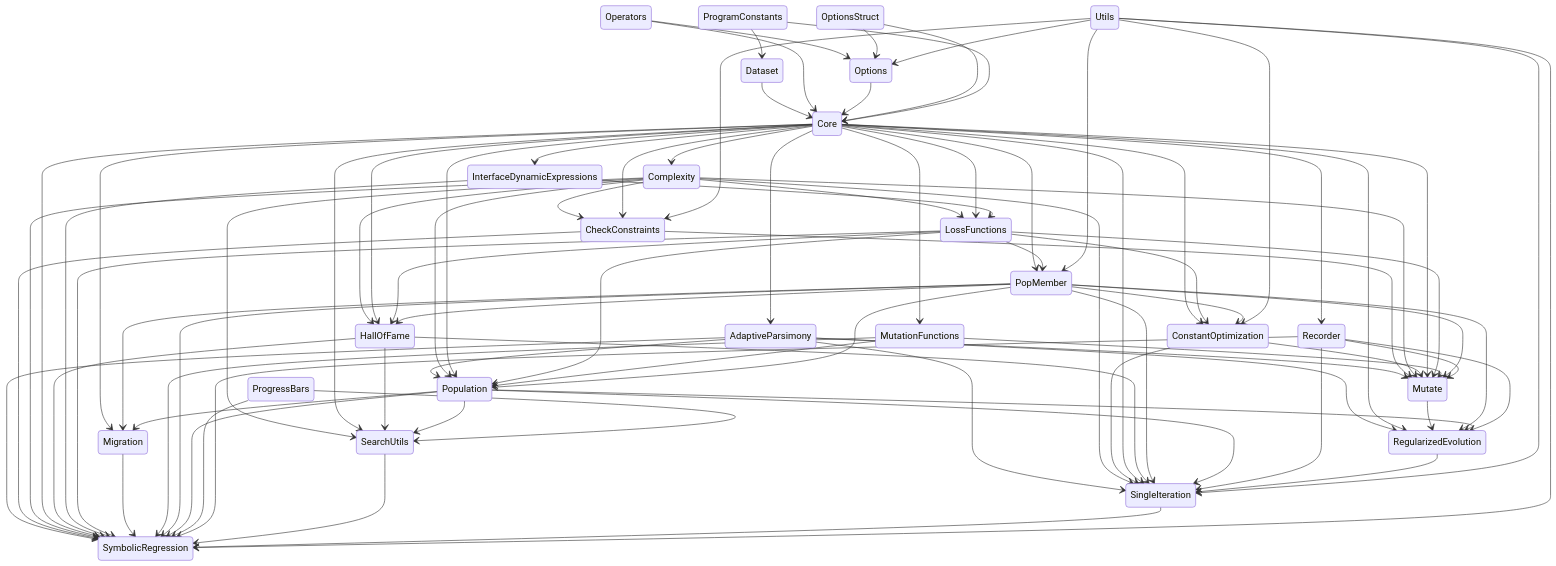
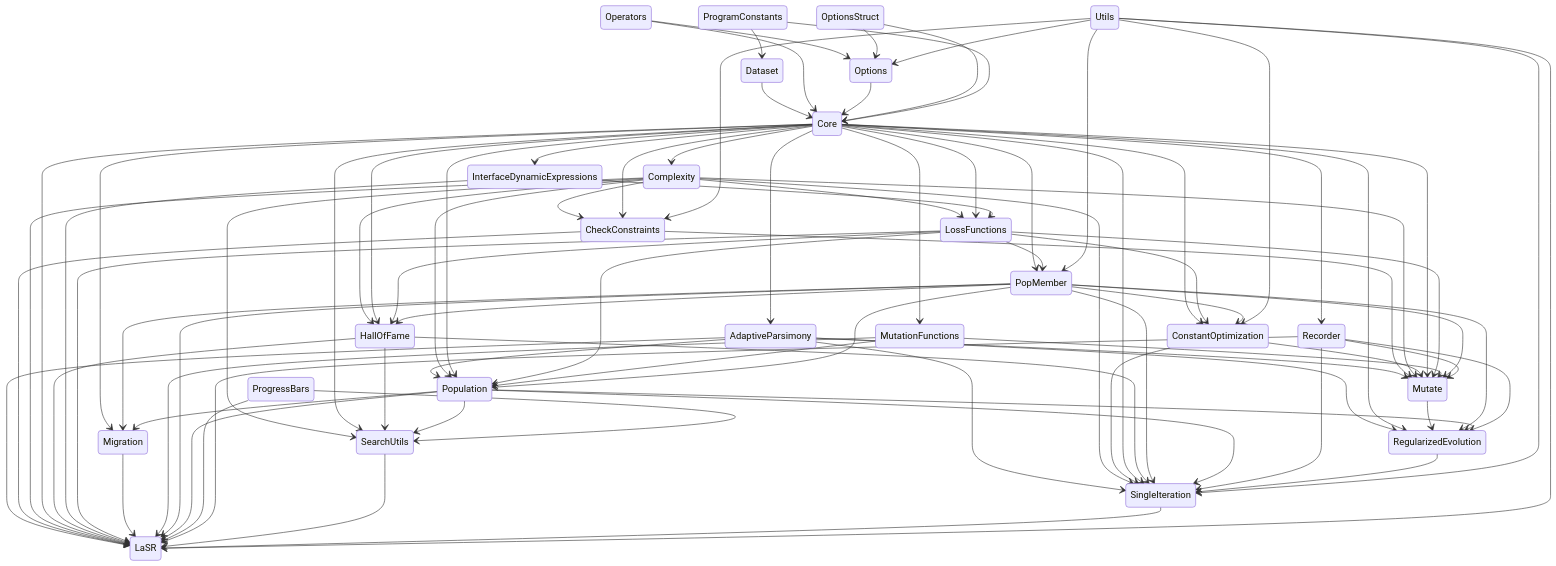
One commit to MilesCranmer/SymbolicRegression.jl changed the second of 2 diagrams in README.md. Above: the diagram before and after it, drawn with Mermaid. The commit also changed other lines of this file and 111 other files, not shown here.

````diff
--- a/README.md
+++ b/README.md
@@ -348,9 +174,9 @@
     AdaptiveParsimony --> Population
     AdaptiveParsimony --> RegularizedEvolution
     AdaptiveParsimony --> SingleIteration
-    AdaptiveParsimony --> SymbolicRegression
+    AdaptiveParsimony --> LaSR
     CheckConstraints --> Mutate
-    CheckConstraints --> SymbolicRegression
+    CheckConstraints --> LaSR
     Complexity --> CheckConstraints
     Complexity --> HallOfFame
     Complexity --> LossFunctions
@@ -358,7 +184,7 @@
     Complexity --> Population
     Complexity --> SearchUtils
     Complexity --> SingleIteration
-    Complexity --> SymbolicRegression
+    Complexity --> LaSR
     ConstantOptimization --> Mutate
     ConstantOptimization --> SingleIteration
     Core --> AdaptiveParsimony
@@ -377,24 +203,24 @@
     Core --> RegularizedEvolution
     Core --> SearchUtils
     Core --> SingleIteration
-    Core --> SymbolicRegression
+    Core --> LaSR
     Dataset --> Core
     HallOfFame --> SearchUtils
     HallOfFame --> SingleIteration
-    HallOfFame --> SymbolicRegression
+    HallOfFame --> LaSR
     InterfaceDynamicExpressions --> LossFunctions
-    InterfaceDynamicExpressions --> SymbolicRegression
+    InterfaceDynamicExpressions --> LaSR
     LossFunctions --> ConstantOptimization
     LossFunctions --> HallOfFame
     LossFunctions --> Mutate
     LossFunctions --> PopMember
     LossFunctions --> Population
-    LossFunctions --> SymbolicRegression
-    Migration --> SymbolicRegression
+    LossFunctions --> LaSR
+    Migration --> LaSR
     Mutate --> RegularizedEvolution
     MutationFunctions --> Mutate
     MutationFunctions --> Population
-    MutationFunctions --> SymbolicRegression
+    MutationFunctions --> LaSR
     Operators --> Core
     Operators --> Options
     Options --> Core
@@ -407,27 +233,27 @@
     PopMember --> Population
     PopMember --> RegularizedEvolution
     PopMember --> SingleIteration
-    PopMember --> SymbolicRegression
+    PopMember --> LaSR
     Population --> Migration
     Population --> RegularizedEvolution
     Population --> SearchUtils
     Population --> SingleIteration
-    Population --> SymbolicRegression
+    Population --> LaSR
     ProgramConstants --> Core
     ProgramConstants --> Dataset
     ProgressBars --> SearchUtils
-    ProgressBars --> SymbolicRegression
+    ProgressBars --> LaSR
     Recorder --> Mutate
     Recorder --> RegularizedEvolution
     Recorder --> SingleIteration
-    Recorder --> SymbolicRegression
+    Recorder --> LaSR
     RegularizedEvolution --> SingleIteration
-    SearchUtils --> SymbolicRegression
-    SingleIteration --> SymbolicRegression
+    SearchUtils --> LaSR
+    SingleIteration --> LaSR
     Utils --> CheckConstraints
     Utils --> ConstantOptimization
     Utils --> Options
     Utils --> PopMember
     Utils --> SingleIteration
-    Utils --> SymbolicRegression
+    Utils --> LaSR
 ```
````
